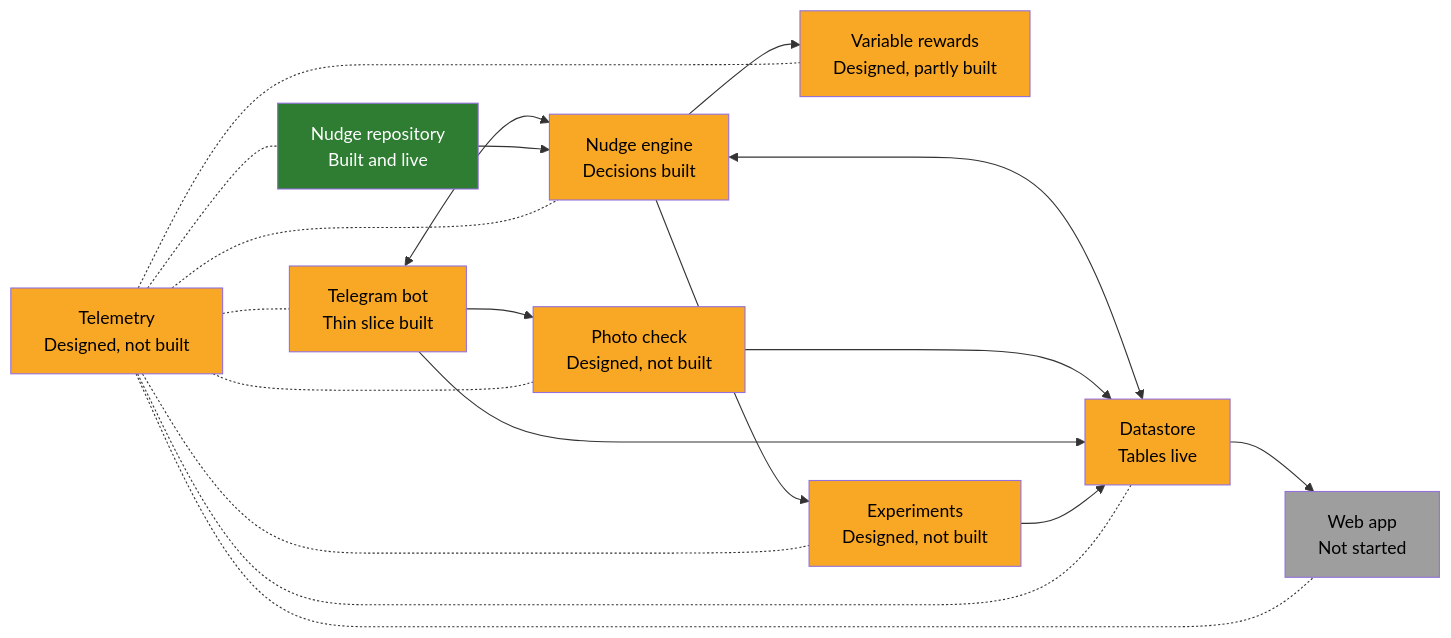
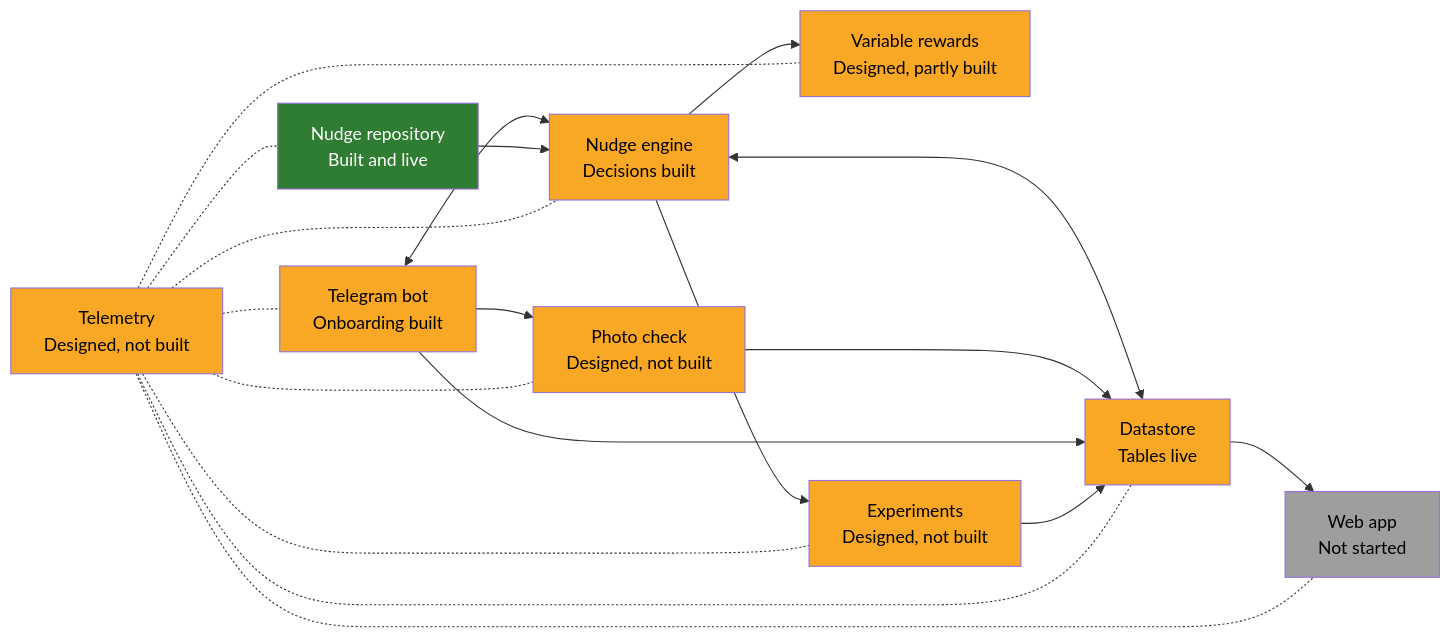
Before and after one commit to WeiLieh/FamilyHabitBuilder: the diagram in docs/ARCHITECTURE.md, drawn with Mermaid. The commit also changed 6 other files, not shown here.

First line of the commit message:
Session 13 handoff: progress, catch-up, time and learning logs, diagram status

````diff
--- a/docs/ARCHITECTURE.md
+++ b/docs/ARCHITECTURE.md
@@ -5,35 +5,35 @@
 ```mermaid
 flowchart LR
-    telegram["Telegram bot<br/>Thin slice built"]:::part
+    telegram["Telegram bot<br/>Onboarding built"]:::part
     engine["Nudge engine<br/>Decisions built"]:::part
     repository["Nudge repository<br/>Built and live"]:::done
     photo["Photo check<br/>Designed, not built"]:::part
     rewards["Variable rewards<br/>Designed, partly built"]:::part
     datastore["Datastore<br/>Tables live"]:::part
     webapp["Web app<br/>Not started"]:::todo
     telemetry["Telemetry<br/>Designed, not built"]:::part
     experiments["Experiments<br/>Designed, not built"]:::part
 
     telegram <--> engine
     repository --> engine
     engine --> rewards
     engine <--> datastore
     telegram --> photo
     photo --> datastore
     telegram --> datastore
     datastore --> webapp
     engine --> experiments
     experiments --> datastore
     telemetry -.- telegram
     telemetry -.- engine
     telemetry -.- repository
     telemetry -.- photo
     telemetry -.- rewards
     telemetry -.- datastore
     telemetry -.- webapp
     telemetry -.- experiments
 
     classDef done fill:#2e7d32,color:#ffffff
     classDef part fill:#f9a825,color:#000000
     classDef todo fill:#9e9e9e,color:#000000
 ```
````
